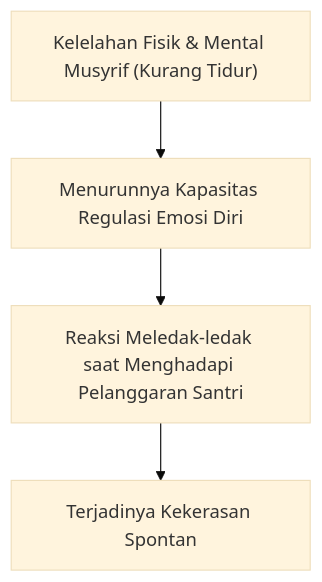
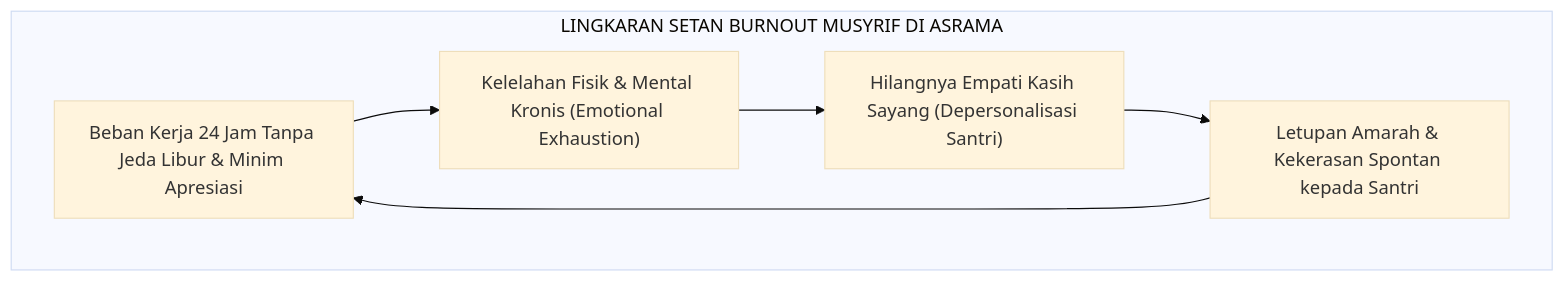
Before and after one commit to wandiapriliyandi/tumbuh: the first of 2 diagrams in BOOK-SERIES/Volume-01/Bab-06-Triad-Pertumbuhan-Simbiotik-dan-Kontinuum-10-Tahap/02-Pendidik-Musyrif-Bertumbuh-Anti-Burnout.md, drawn with Mermaid (base theme). The commit also changed other lines of this file and 5 other files, not shown here.

````diff
--- a/BOOK-SERIES/Volume-01/Bab-06-Triad-Pertumbuhan-Simbiotik-dan-Kontinuum-10-Tahap/02-Pendidik-Musyrif-Bertumbuh-Anti-Burnout.md
+++ b/BOOK-SERIES/Volume-01/Bab-06-Triad-Pertumbuhan-Simbiotik-dan-Kontinuum-10-Tahap/02-Pendidik-Musyrif-Bertumbuh-Anti-Burnout.md
@@ -16,7 +20,9 @@
 ```mermaid
 graph TD
-    Kelelahan["Kelelahan Fisik & Mental Musyrif (Kurang Tidur)"]
-    Kelelahan --> Menurun["Menurunnya Kapasitas Regulasi Emosi Diri"]
-    Menurun --> Reaktif["Reaksi Meledak-ledak saat Menghadapi Pelanggaran Santri"]
-    Reaktif --> Kekerasan["Terjadinya Kekerasan Spontan"]
+    subgraph LingkaranBurnout["LINGKARAN SETAN BURNOUT MUSYRIF DI ASRAMA"]
+        B1["Beban Kerja 24 Jam Tanpa Jeda Libur & Minim Apresiasi"] --> B2["Kelelahan Fisik & Mental Kronis (Emotional Exhaustion)"]
+        B2 --> B3["Hilangnya Empati Kasih Sayang (Depersonalisasi Santri)"]
+        B3 --> B4["Letupan Amarah & Kekerasan Spontan kepada Santri"]
+        B4 --> B1
+    end
 ```
````
